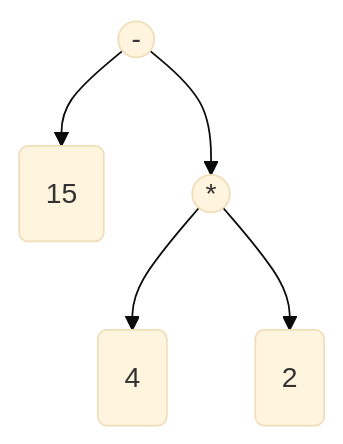
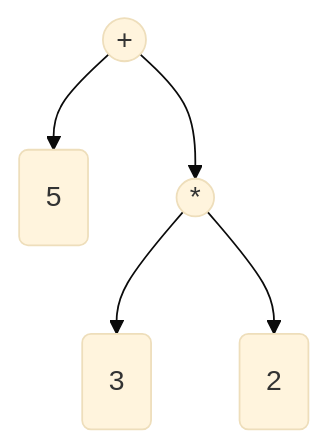
One commit to Assaoka/UNIFESP--Algoritmos_e_Estruturas_de_Dados_I changed the second of 4 diagrams in Aulas/[ 16 ] Árvores de Expressão/README.md. Above: the diagram before and after it, drawn with Mermaid (base theme). The commit also changed other lines of this file, not shown here.

```diff
--- a/Aulas/[ 16 ] Árvores de Expressão/README.md
+++ b/Aulas/[ 16 ] Árvores de Expressão/README.md
@@ -55,7 +51,7 @@
 ~~~mermaid
 graph TD
-    op1(("-")) --> n1(15)
+    op1((+)) --> n1(5)
     op1 --> op2((*))
-        op2 --> n2(4)
+        op2 --> n2(3)
         op2 --> n3(2)
 ~~~
```
